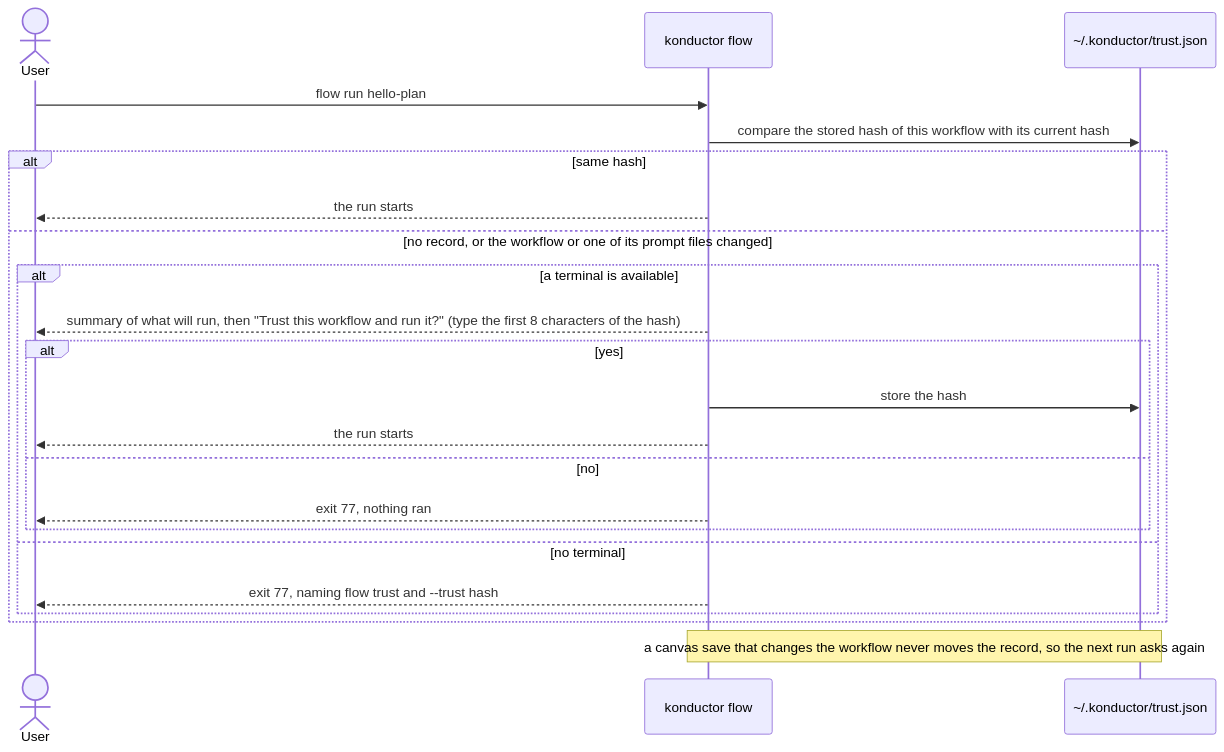
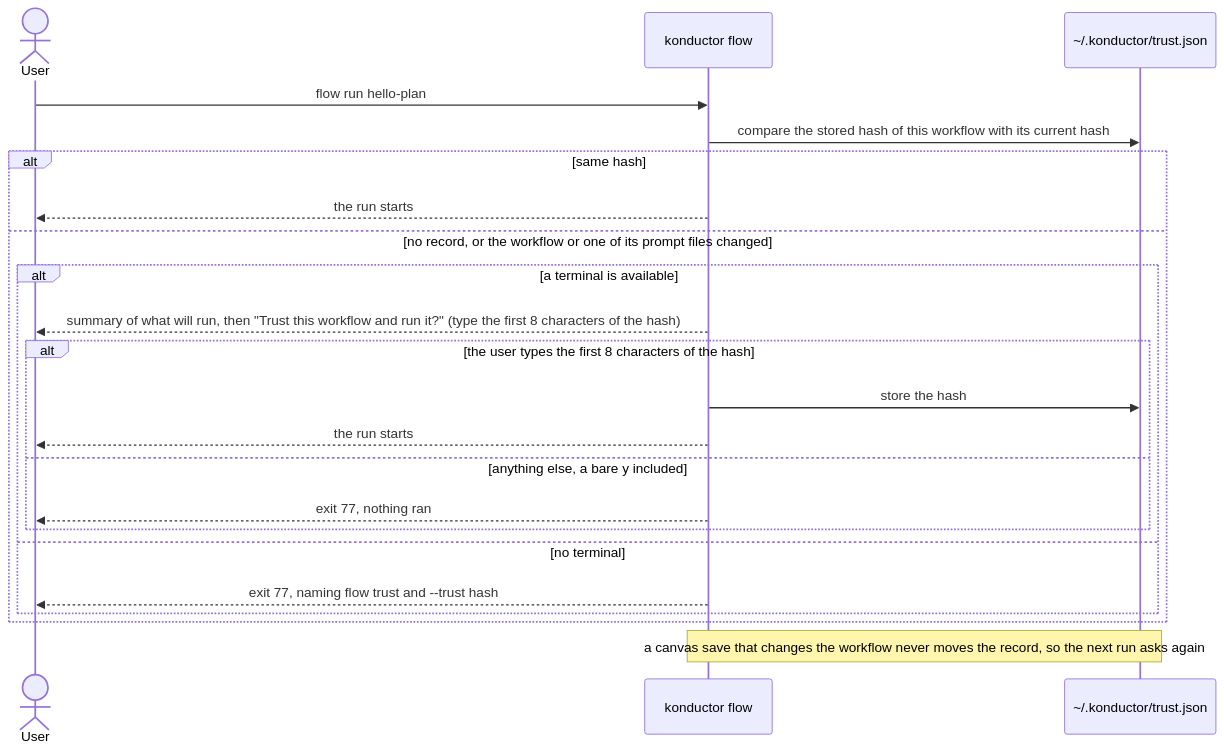
The third of 3 diagrams in docs/design/workflows.md (aws-solutions/konductor), drawn with Mermaid before and after one commit. The commit also changed other lines of this file and 3 other files, not shown here.

````diff
--- a/docs/design/workflows.md
+++ b/docs/design/workflows.md
@@ -248,24 +366,24 @@
 ```mermaid
 sequenceDiagram
     actor User
     participant Flow as konductor flow
     participant Record as ~/.konductor/trust.json
     User->>Flow: flow run hello-plan
     Flow->>Record: compare the stored hash of this workflow with its current hash
     alt same hash
         Flow-->>User: the run starts
     else no record, or the workflow or one of its prompt files changed
         alt a terminal is available
             Flow-->>User: summary of what will run, then "Trust this workflow and run it?" (type the first 8 characters of the hash)
-            alt yes
+            alt the user types the first 8 characters of the hash
                 Flow->>Record: store the hash
                 Flow-->>User: the run starts
-            else no
+            else anything else, a bare y included
                 Flow-->>User: exit 77, nothing ran
             end
         else no terminal
             Flow-->>User: exit 77, naming flow trust and --trust hash
         end
     end
     Note over Flow,Record: a canvas save that changes the workflow never moves the record, so the next run asks again
 ```
````
